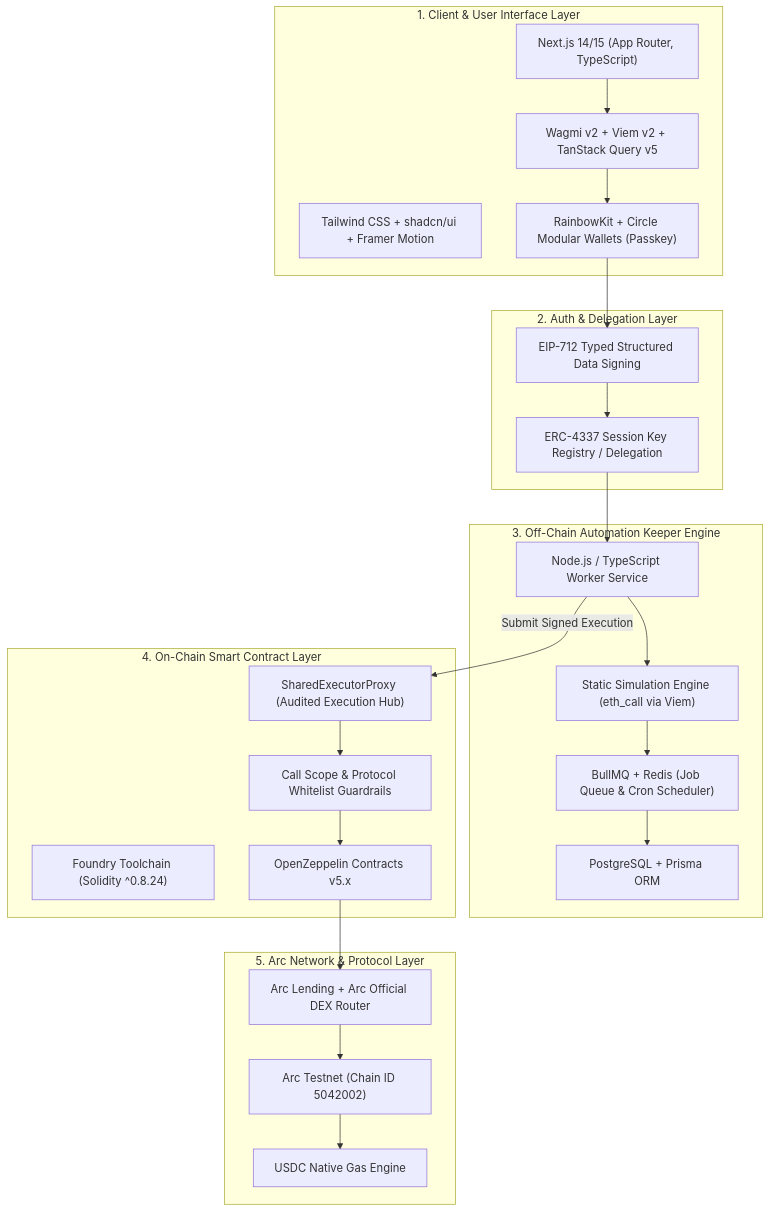
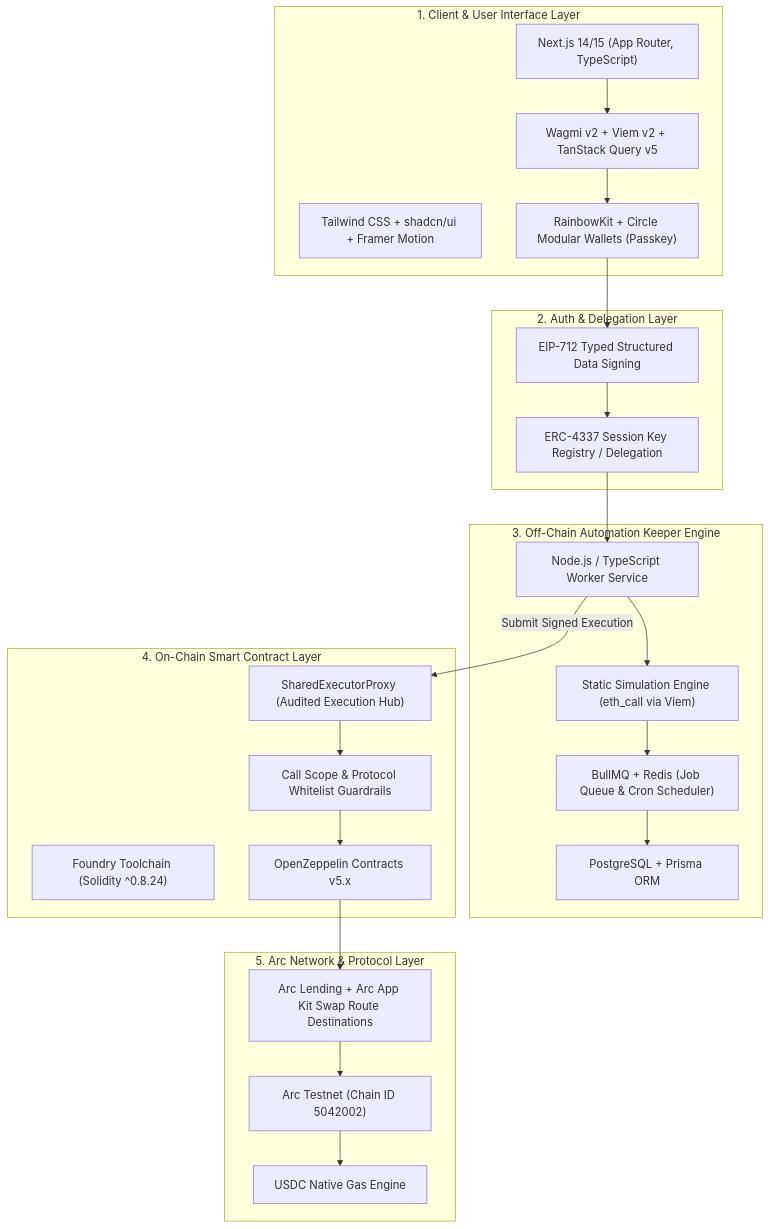
Before and after one commit to levantuy/DeFiRecipesonArc: the diagram in docs/tech-stack.md, drawn with Mermaid. The commit also changed other lines of this file and 40 other files, not shown here.

First line of the commit message:
Migrate keeper DB layer and App Kit DCA

````diff
--- a/docs/tech-stack.md
+++ b/docs/tech-stack.md
@@ -14,49 +15,49 @@
 ```mermaid
 graph TD
     subgraph ClientLayer ["1. Client & User Interface Layer"]
         NEXT["Next.js 14/15 (App Router, TypeScript)"]
         UI["Tailwind CSS + shadcn/ui + Framer Motion"]
         WEB3["Wagmi v2 + Viem v2 + TanStack Query v5"]
         WALLET["RainbowKit + Circle Modular Wallets (Passkey)"]
     end
 
     subgraph AuthLayer ["2. Auth & Delegation Layer"]
         EIP712["EIP-712 Typed Structured Data Signing"]
         S_KEY["ERC-4337 Session Key Registry / Delegation"]
     end
 
     subgraph KeeperLayer ["3. Off-Chain Automation Keeper Engine"]
         WORKER["Node.js / TypeScript Worker Service"]
         QUEUE["BullMQ + Redis (Job Queue & Cron Scheduler)"]
         DB["PostgreSQL + Prisma ORM"]
         SIM["Static Simulation Engine (eth_call via Viem)"]
     end
 
     subgraph SmartContractLayer ["4. On-Chain Smart Contract Layer"]
         FOUNDRY["Foundry Toolchain (Solidity ^0.8.24)"]
         PROXY["SharedExecutorProxy (Audited Execution Hub)"]
         GUARD["Call Scope & Protocol Whitelist Guardrails"]
         OZ["OpenZeppelin Contracts v5.x"]
     end
 
     subgraph ChainLayer ["5. Arc Network & Protocol Layer"]
         ARC["Arc Testnet (Chain ID 5042002)"]
         USDC_GAS["USDC Native Gas Engine"]
-        PROTOCOLS["Arc Lending + Arc Official DEX Router"]
+      PROTOCOLS["Arc Lending + Arc App Kit Swap Route Destinations"]
     end
 
     NEXT --> WEB3
     WEB3 --> WALLET
     WALLET --> EIP712
     EIP712 --> S_KEY
     S_KEY --> WORKER
     WORKER --> SIM
     SIM --> QUEUE
     QUEUE --> DB
     WORKER -->|Submit Signed Execution| PROXY
     PROXY --> GUARD
     GUARD --> OZ
     OZ --> PROTOCOLS
     PROTOCOLS --> ARC
     ARC --> USDC_GAS
 ```
````
